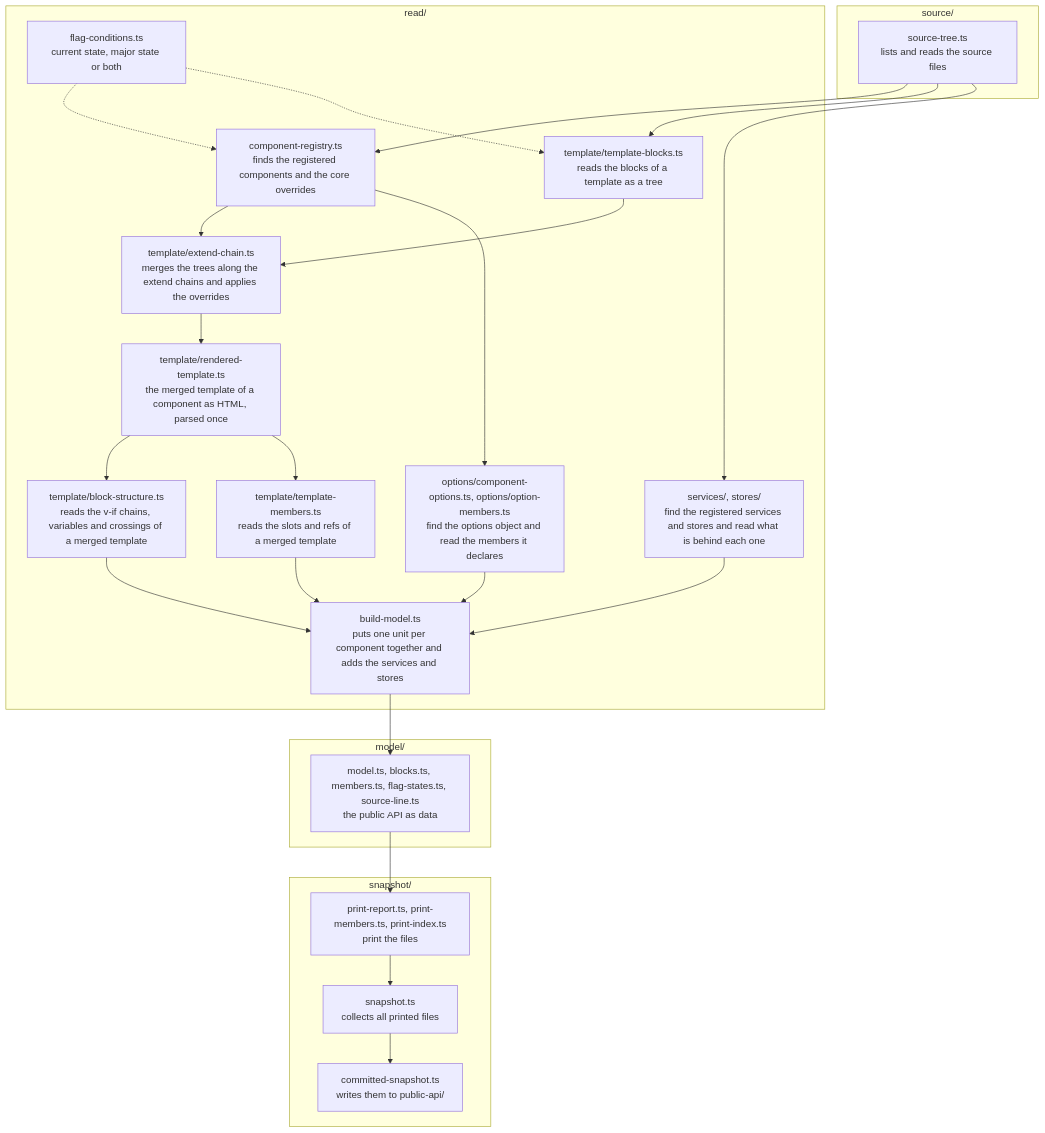
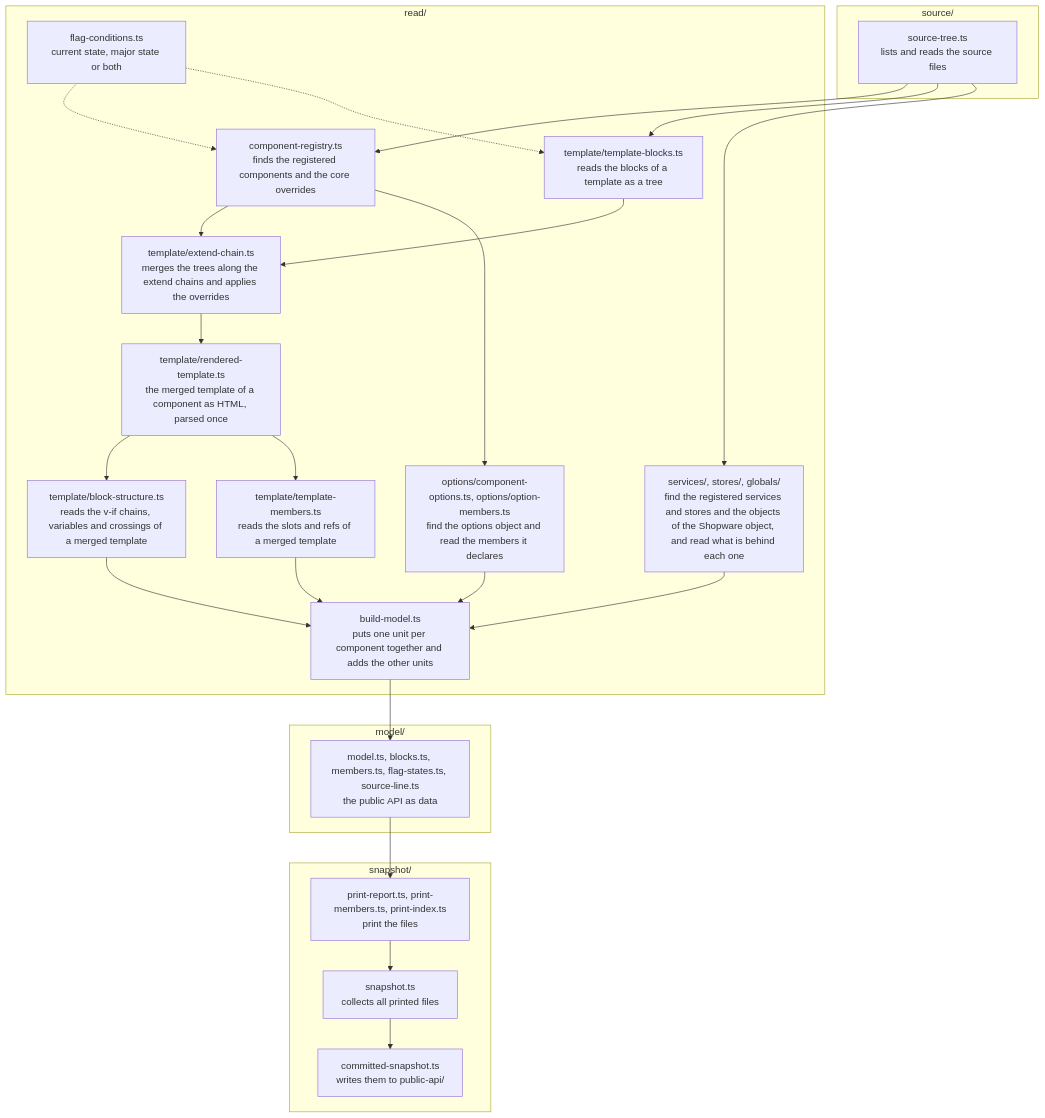
Before and after one commit to shopware/shopware: the first of 2 diagrams in src/Administration/Resources/app/administration/scripts/generate-public-api/README.md, drawn with Mermaid. The commit also changed other lines of this file and 85 other files, not shown here.

First line of the commit message:
feat(administration): add the Shopware object to the public API snapshot

````diff
--- a/src/Administration/Resources/app/administration/scripts/generate-public-api/README.md
+++ b/src/Administration/Resources/app/administration/scripts/generate-public-api/README.md
@@ -31,35 +31,35 @@
 ```mermaid
 flowchart TD
     subgraph source["source/"]
         tree["source-tree.ts<br/>lists and reads the source files"]
     end
     subgraph read["read/"]
         registry["component-registry.ts<br/>finds the registered components and the core overrides"]
         blocks["template/template-blocks.ts<br/>reads the blocks of a template as a tree"]
         chain["template/extend-chain.ts<br/>merges the trees along the extend chains and applies the overrides"]
         rendered["template/rendered-template.ts<br/>the merged template of a component as HTML, parsed once"]
         structure["template/block-structure.ts<br/>reads the v-if chains, variables and crossings of a merged template"]
         templateMembers["template/template-members.ts<br/>reads the slots and refs of a merged template"]
         options["options/component-options.ts, options/option-members.ts<br/>find the options object and read the members it declares"]
         flags["flag-conditions.ts<br/>current state, major state or both"]
-        services["services/, stores/<br/>find the registered services and stores and read what is behind each one"]
-        build["build-model.ts<br/>puts one unit per component together and adds the services and stores"]
+        services["services/, stores/, globals/<br/>find the registered services and stores and the objects of the Shopware object, and read what is behind each one"]
+        build["build-model.ts<br/>puts one unit per component together and adds the other units"]
     end
     subgraph model["model/"]
         data["model.ts, blocks.ts, members.ts, flag-states.ts, source-line.ts<br/>the public API as data"]
     end
     subgraph snapshot["snapshot/"]
         printers["print-report.ts, print-members.ts, print-index.ts<br/>print the files"]
         files["snapshot.ts<br/>collects all printed files"]
         committed["committed-snapshot.ts<br/>writes them to public-api/"]
     end
 
     tree --> registry --> chain
     tree --> blocks --> chain --> rendered --> structure --> build
     rendered --> templateMembers --> build
     registry --> options --> build
     tree --> services --> build
     flags -.-> registry
     flags -.-> blocks
     build --> data --> printers --> files --> committed
 ```
````
